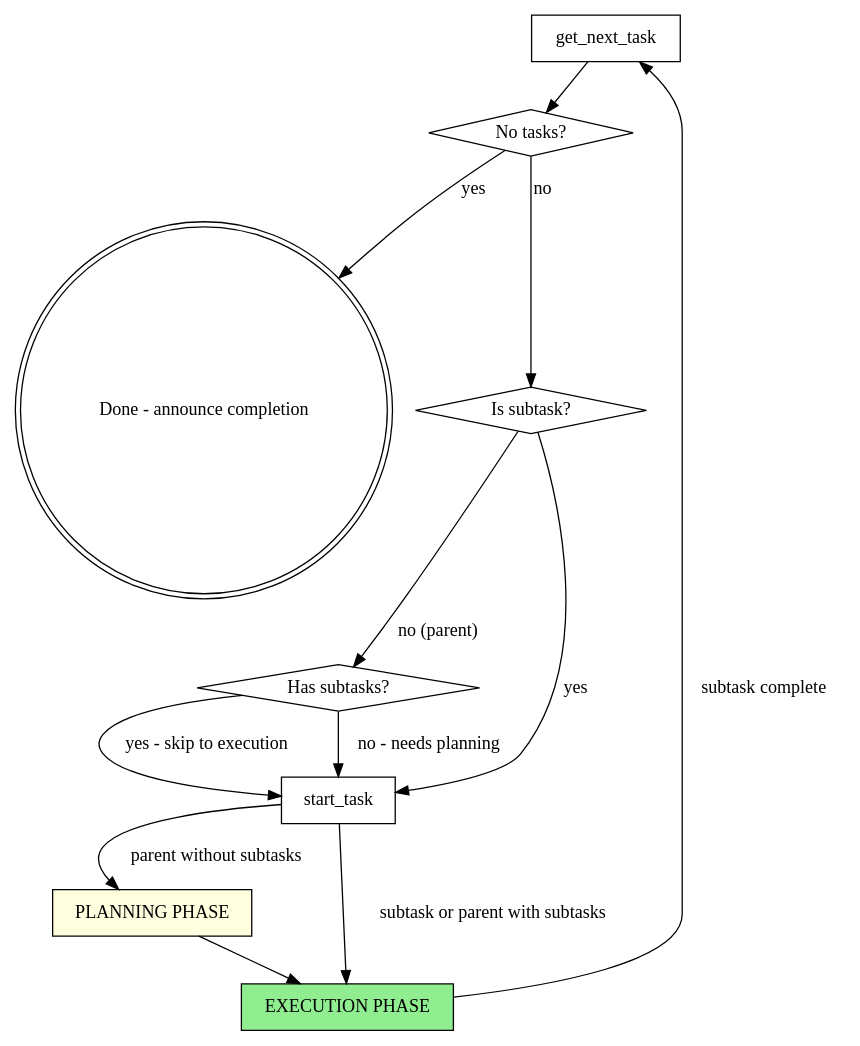
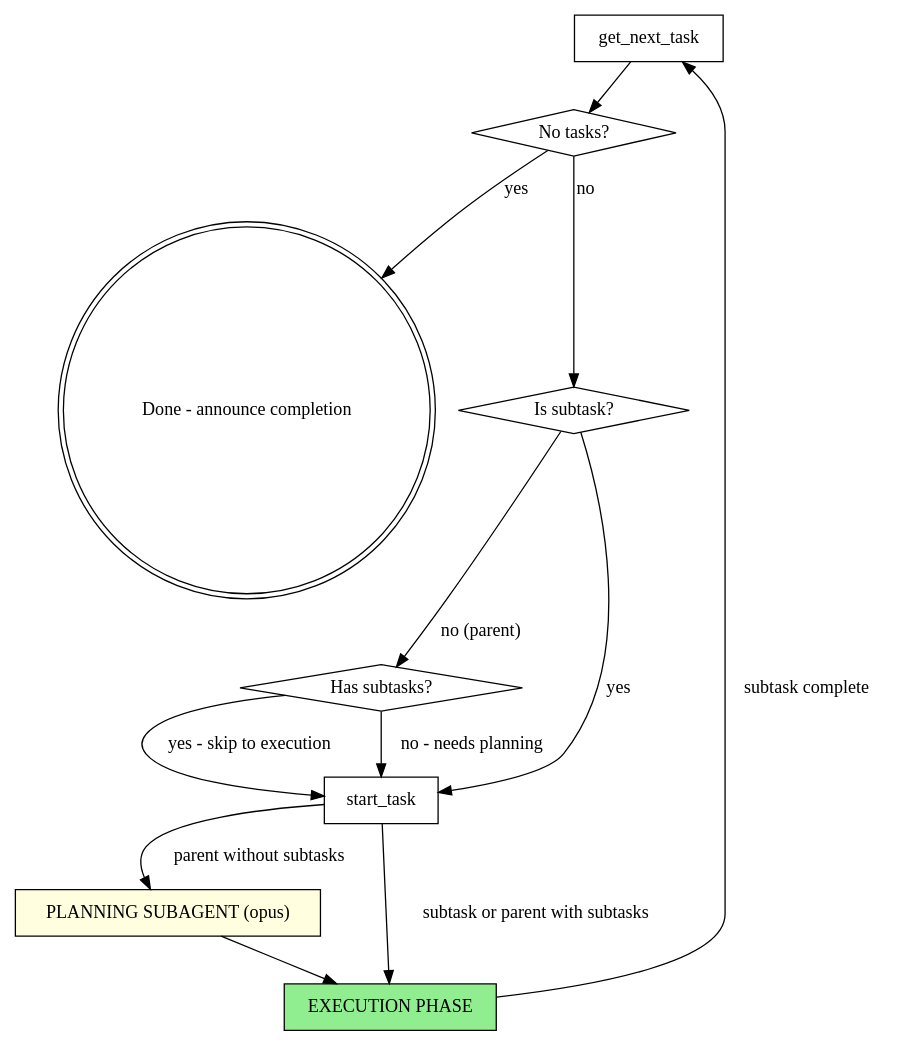
The diagram in skills/superpowers-workflow/SKILL.md (gpayer/mcp-task-manager), drawn with Graphviz before and after one commit. The commit also changed other lines of this file and 2 other files, not shown here.

First line of the commit message:
feat(subagent-planning): improved superpowers-workflow skill

````diff
--- a/skills/superpowers-workflow/SKILL.md
+++ b/skills/superpowers-workflow/SKILL.md
@@ -20,26 +20,26 @@
 ```dot
 digraph workflow {
     rankdir=TB;
 
     "get_next_task" [shape=box];
     "No tasks?" [shape=diamond];
     "Done - announce completion" [shape=doublecircle];
     "Is subtask?" [shape=diamond];
     "Has subtasks?" [shape=diamond];
     "start_task" [shape=box];
-    "PLANNING PHASE" [shape=box style=filled fillcolor=lightyellow];
+    "PLANNING SUBAGENT (opus)" [shape=box style=filled fillcolor=lightyellow];
     "EXECUTION PHASE" [shape=box style=filled fillcolor=lightgreen];
 
     "get_next_task" -> "No tasks?";
     "No tasks?" -> "Done - announce completion" [label="yes"];
     "No tasks?" -> "Is subtask?" [label="no"];
     "Is subtask?" -> "start_task" [label="yes"];
     "Is subtask?" -> "Has subtasks?" [label="no (parent)"];
     "Has subtasks?" -> "start_task" [label="yes - skip to execution"];
     "Has subtasks?" -> "start_task" [label="no - needs planning"];
-    "start_task" -> "PLANNING PHASE" [label="parent without subtasks"];
+    "start_task" -> "PLANNING SUBAGENT (opus)" [label="parent without subtasks"];
     "start_task" -> "EXECUTION PHASE" [label="subtask or parent with subtasks"];
-    "PLANNING PHASE" -> "EXECUTION PHASE";
+    "PLANNING SUBAGENT (opus)" -> "EXECUTION PHASE";
     "EXECUTION PHASE" -> "get_next_task" [label="subtask complete"];
 }
 ```
````
